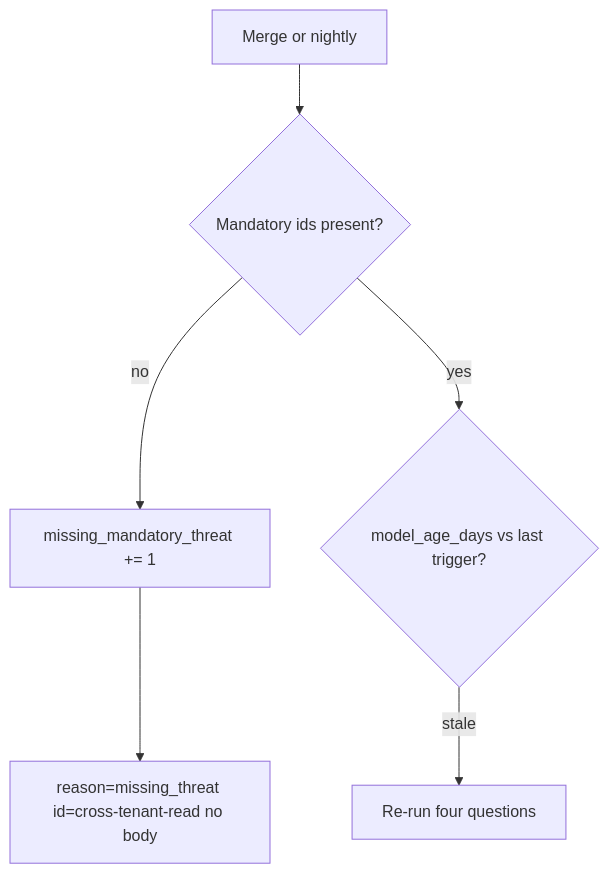
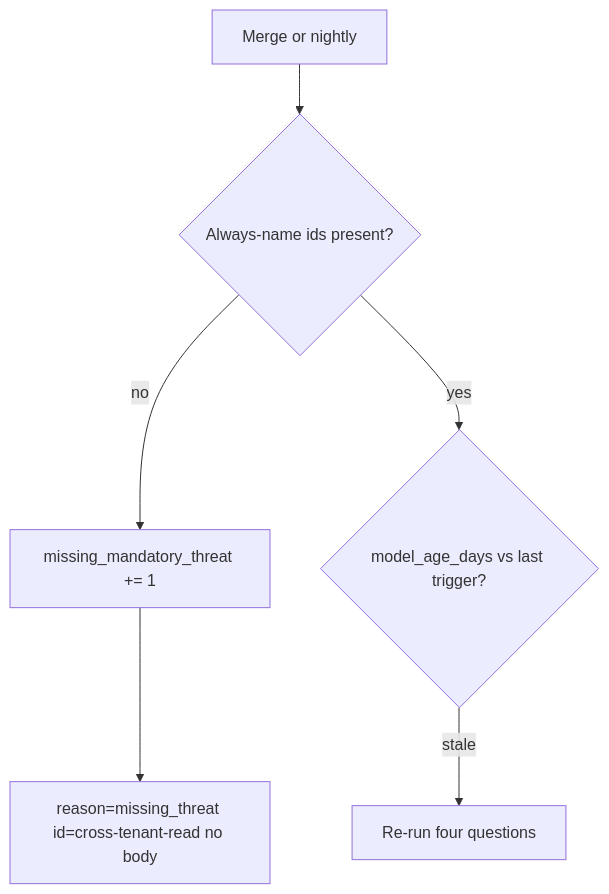
The diagram in content/modules/3/3.2/lessons/06-operate.md (ishitvagoel/LearnSecurity), drawn with Mermaid before and after one commit. The commit also changed other lines of this file and 31 other files, not shown here.

````diff
--- a/content/modules/3/3.2/lessons/06-operate.md
+++ b/content/modules/3/3.2/lessons/06-operate.md
@@ -13,8 +12,8 @@
 ```mermaid
 flowchart TD
-  Merge[Merge or nightly] --> Ids{"Mandatory ids present?"}
+  Merge[Merge or nightly] --> Ids{"Always-name ids present?"}
   Ids -->|no| Metric["missing_mandatory_threat += 1"]
   Metric --> Alert["reason=missing_threat id=cross-tenant-read no body"]
   Ids -->|yes| Age{"model_age_days vs last trigger?"}
   Age -->|stale| Revisit[Re-run four questions]
 ```
````
